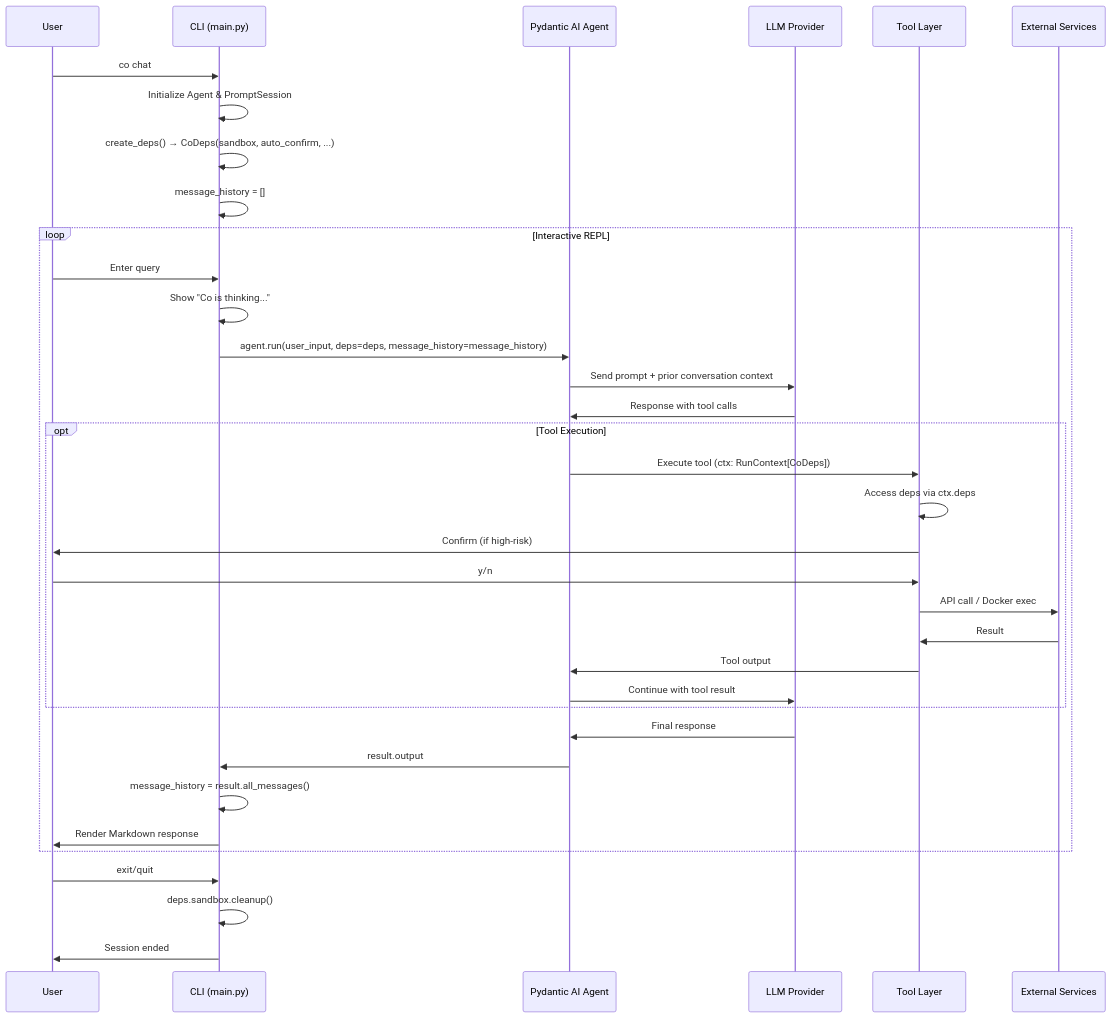
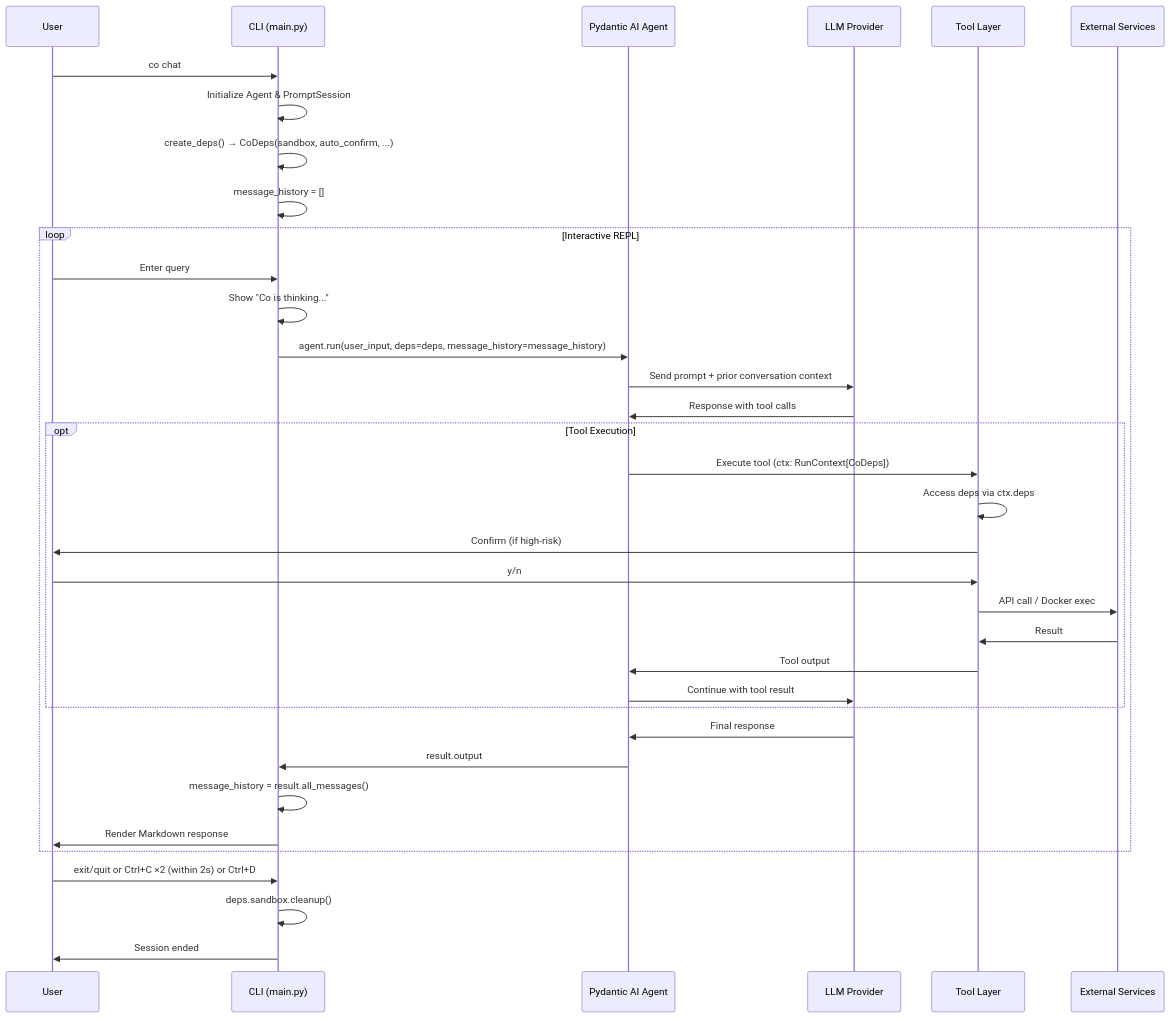
One commit to binlecode/co-cli changed the second of 13 diagrams in docs/DESIGN-co-cli.md. Above: the diagram before and after it, drawn with Mermaid. The commit also changed other lines of this file, not shown here.

Commit message:
Document double Ctrl+C exit pattern in design doc

````diff
--- a/docs/DESIGN-co-cli.md
+++ b/docs/DESIGN-co-cli.md
@@ -92,42 +92,42 @@
 ```mermaid
 sequenceDiagram
     participant User
     participant CLI as CLI (main.py)
     participant Agent as Pydantic AI Agent
     participant LLM as LLM Provider
     participant Tools as Tool Layer
     participant External as External Services
 
     User->>CLI: co chat
     CLI->>CLI: Initialize Agent & PromptSession
     CLI->>CLI: create_deps() → CoDeps(sandbox, auto_confirm, ...)
     CLI->>CLI: message_history = []
 
     loop Interactive REPL
         User->>CLI: Enter query
         CLI->>CLI: Show "Co is thinking..."
         CLI->>Agent: agent.run(user_input, deps=deps, message_history=message_history)
         Agent->>LLM: Send prompt + prior conversation context
         LLM->>Agent: Response with tool calls
 
         opt Tool Execution
             Agent->>Tools: Execute tool (ctx: RunContext[CoDeps])
             Tools->>Tools: Access deps via ctx.deps
             Tools->>User: Confirm (if high-risk)
             User->>Tools: y/n
             Tools->>External: API call / Docker exec
             External->>Tools: Result
             Tools->>Agent: Tool output
             Agent->>LLM: Continue with tool result
         end
 
         LLM->>Agent: Final response
         Agent->>CLI: result.output
         CLI->>CLI: message_history = result.all_messages()
         CLI->>User: Render Markdown response
     end
 
-    User->>CLI: exit/quit
+    User->>CLI: exit/quit or Ctrl+C ×2 (within 2s) or Ctrl+D
     CLI->>CLI: deps.sandbox.cleanup()
     CLI->>User: Session ended
 ```
````
